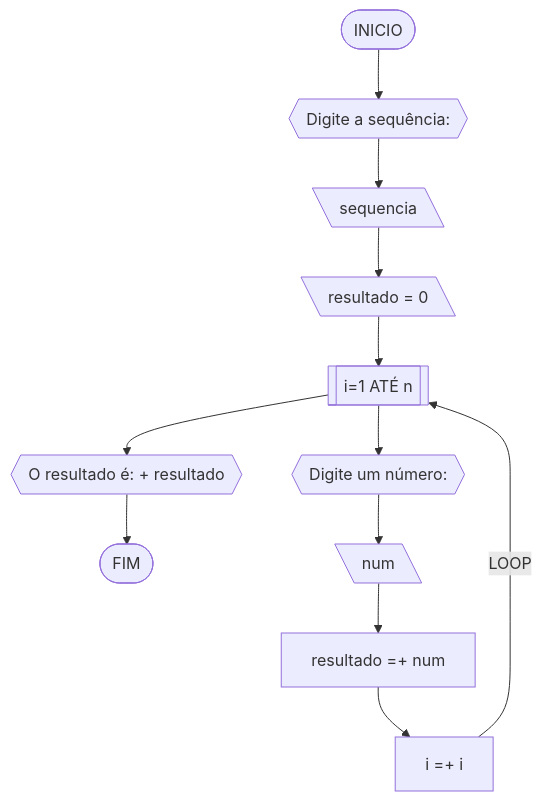
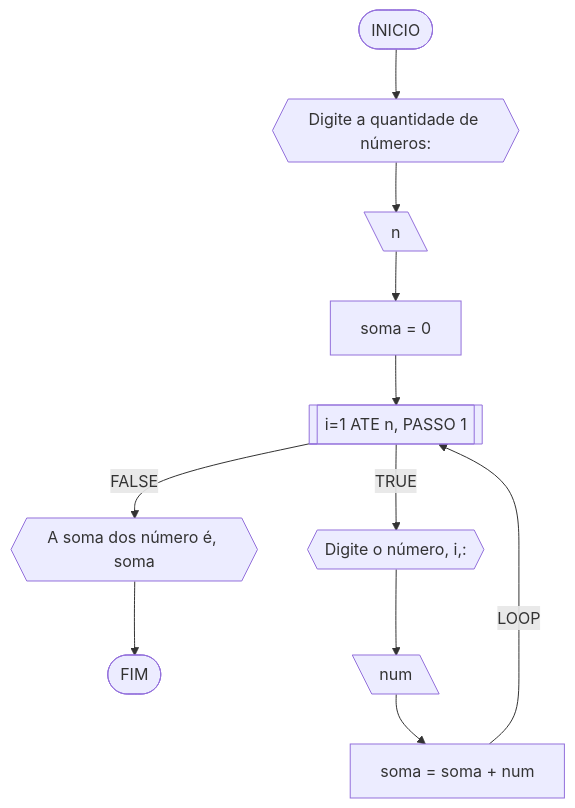
Before and after one commit to eryckmike/Unifor: the sixth of 7 diagrams in RLA/AV1/Lista3_AV1.md, drawn with Mermaid. The commit also changed other lines of this file, not shown here.

````diff
--- a/RLA/AV1/Lista3_AV1.md
+++ b/RLA/AV1/Lista3_AV1.md
@@ -92,14 +275,13 @@
 ```mermaid
 flowchart TD
-A([INICIO]) --> B{{Digite a sequência:}}
-B --> C[\sequencia\]
-C --> D[\resultado = 0\]
-D --> E[[i=1 ATÉ n]]
-E --> J{{"O resultado é: " + resultado}}
-J --> K([FIM])
-E --> F{{Digite um número:}}
-F --> G[\num\]
-G --> H[resultado =+ num]
-H --> I[i =+ i]
+A([INICIO]) --> B{{"Digite a quantidade de números:"}}
+B --> C[\n\]
+C --> D[soma = 0]
+D --> E[[i=1 ATE n, PASSO 1]]
+E --FALSE--> F{{A soma dos número é, soma}}
+F --> L([FIM])
+E --TRUE--> G{{Digite o número, i,:}}
+G --> H[\num\]
+H --> I[soma = soma + num]
 I --LOOP--> E
 ```
````
